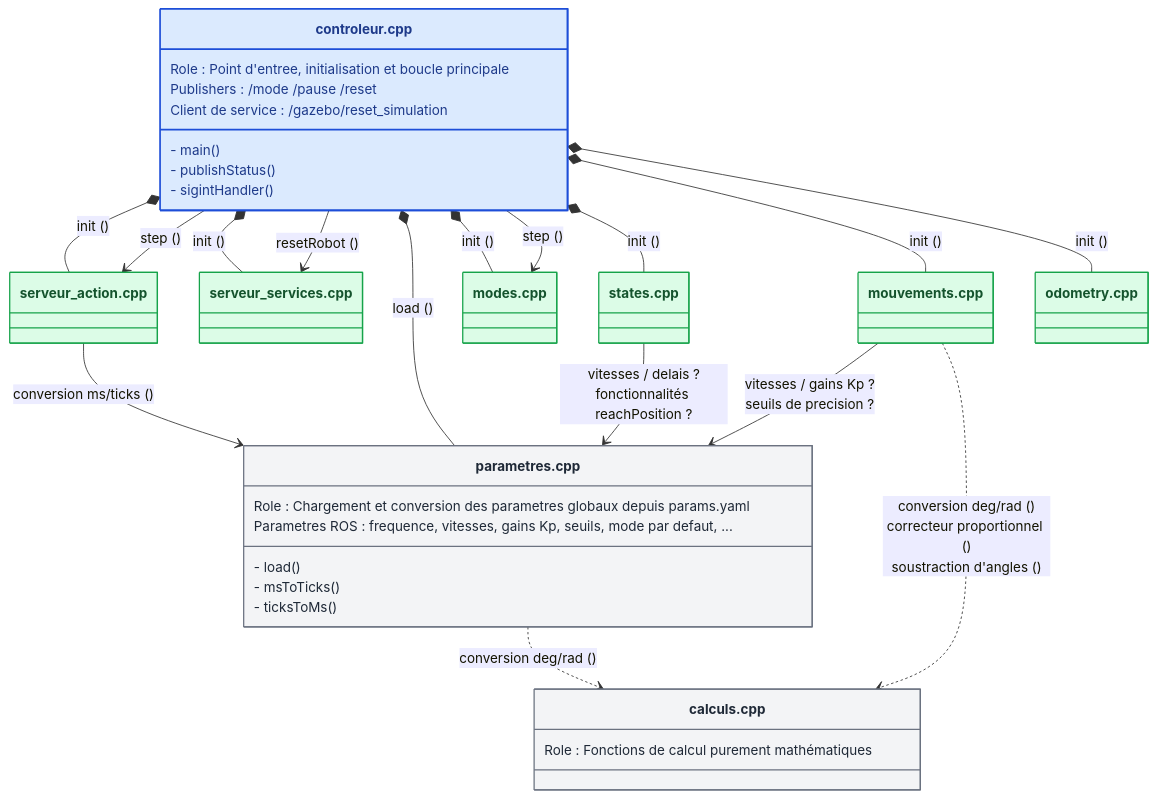
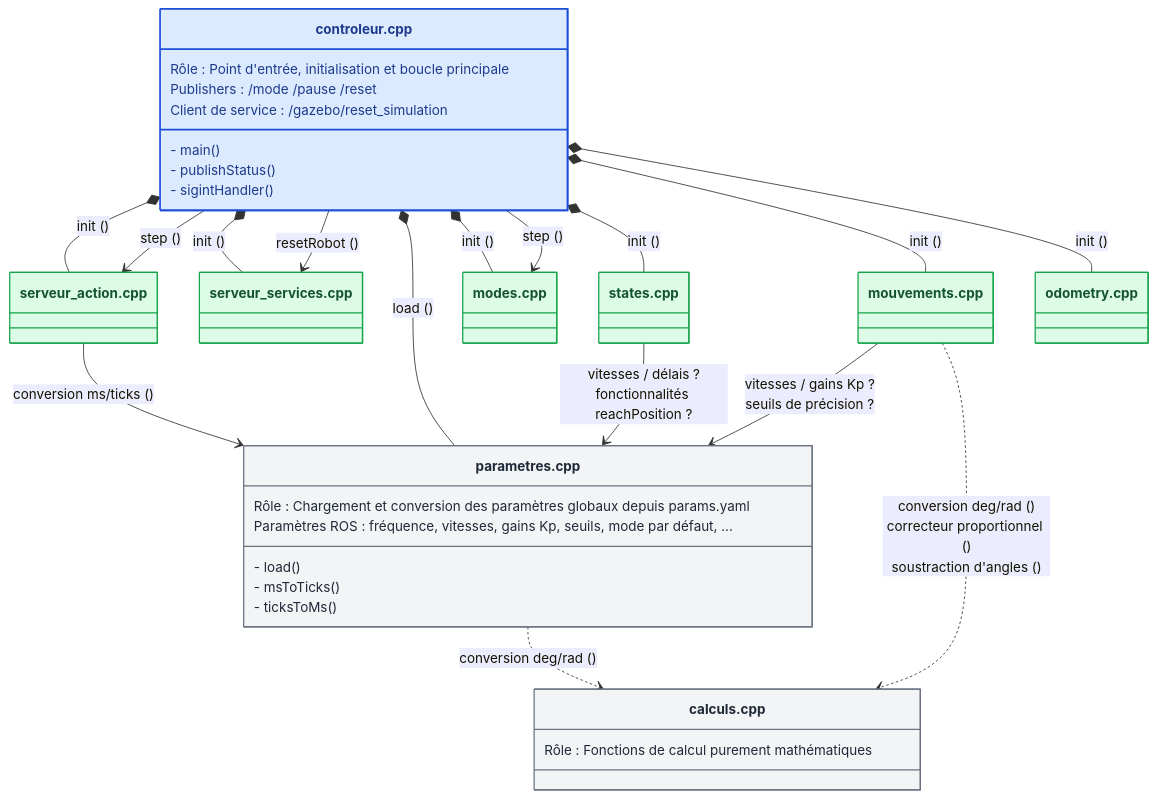
One commit to benoitdekeyn/E4SE_TD_TP changed the second of 18 diagrams in robotique_et_navigation/Rapport/Rapport.md. Above: the diagram before and after it, drawn with Mermaid. The commit also changed other lines of this file and 4 other files, not shown here.

````diff
--- a/robotique_et_navigation/Rapport/Rapport.md
+++ b/robotique_et_navigation/Rapport/Rapport.md
@@ -195,60 +194,60 @@
 ```mermaid
 classDiagram
     direction TB
 
     class Controleur["controleur.cpp"] {
-        Role : Point d'entree, initialisation et boucle principale
+        Rôle : Point d'entrée, initialisation et boucle principale
         Publishers : /mode /pause /reset
         Client de service : /gazebo/reset_simulation
         - main()
         - publishStatus()
         - sigintHandler()
     }
 
     class Params["parametres.cpp"] {
-        Role : Chargement et conversion des parametres globaux depuis params.yaml
-        Parametres ROS : frequence, vitesses, gains Kp, seuils, mode par defaut, ...
+        Rôle : Chargement et conversion des paramètres globaux depuis params.yaml
+        Paramètres ROS : fréquence, vitesses, gains Kp, seuils, mode par défaut, ...
         - load() 
         - msToTicks()
         - ticksToMs()
     }
 
     class Calculs["calculs.cpp"] {
-        Role : Fonctions de calcul purement mathématiques
+        Rôle : Fonctions de calcul purement mathématiques
 
     }
     class Odometry["odometry.cpp"]
     class Mouvements["mouvements.cpp"]
     class States["states.cpp"]
     class Modes["modes.cpp"]
     class ServeurAction["serveur_action.cpp"]
     class ServeurServices["serveur_services.cpp"]
 
     Controleur *-- ServeurAction : init ()
     Controleur --> ServeurAction : step ()
     Controleur *-- ServeurServices : init ()
     Controleur --> ServeurServices : resetRobot ()
     Controleur *-- Params : load ()
     Controleur *-- Modes : init ()
     Controleur --> Modes : step ()
     Controleur *-- States : init ()
     Controleur *-- Mouvements : init ()
     Controleur *-- Odometry : init ()
 
-    Mouvements --> Params : vitesses / gains Kp ?<br/>seuils de precision ?
+    Mouvements --> Params : vitesses / gains Kp ?<br/>seuils de précision ?
     ServeurAction --> Params : conversion ms/ticks ()
-    States --> Params : vitesses / delais ?<br/>fonctionnalités reachPosition ?
+    States --> Params : vitesses / délais ?<br/>fonctionnalités reachPosition ?
 
     Params ..> Calculs : conversion deg/rad ()
     Mouvements ..> Calculs : conversion deg/rad ()<br/>correcteur proportionnel ()<br/>soustraction d'angles ()
 
     style Controleur fill:#dbeafe,stroke:#1d4ed8,stroke-width:2px,color:#1e3a8a
     style Params fill:#f3f4f6,stroke:#6b7280,stroke-width:1.5px,color:#1f2937
     style Calculs fill:#f3f4f6,stroke:#6b7280,stroke-width:1.5px,color:#1f2937
     style Odometry fill:#dcfce7,stroke:#16a34a,stroke-width:1.5px,color:#14532d
     style Mouvements fill:#dcfce7,stroke:#16a34a,stroke-width:1.5px,color:#14532d
     style States fill:#dcfce7,stroke:#16a34a,stroke-width:1.5px,color:#14532d
     style Modes fill:#dcfce7,stroke:#16a34a,stroke-width:1.5px,color:#14532d
     style ServeurAction fill:#dcfce7,stroke:#16a34a,stroke-width:1.5px,color:#14532d
     style ServeurServices fill:#dcfce7,stroke:#16a34a,stroke-width:1.5px,color:#14532d
 ```
````
